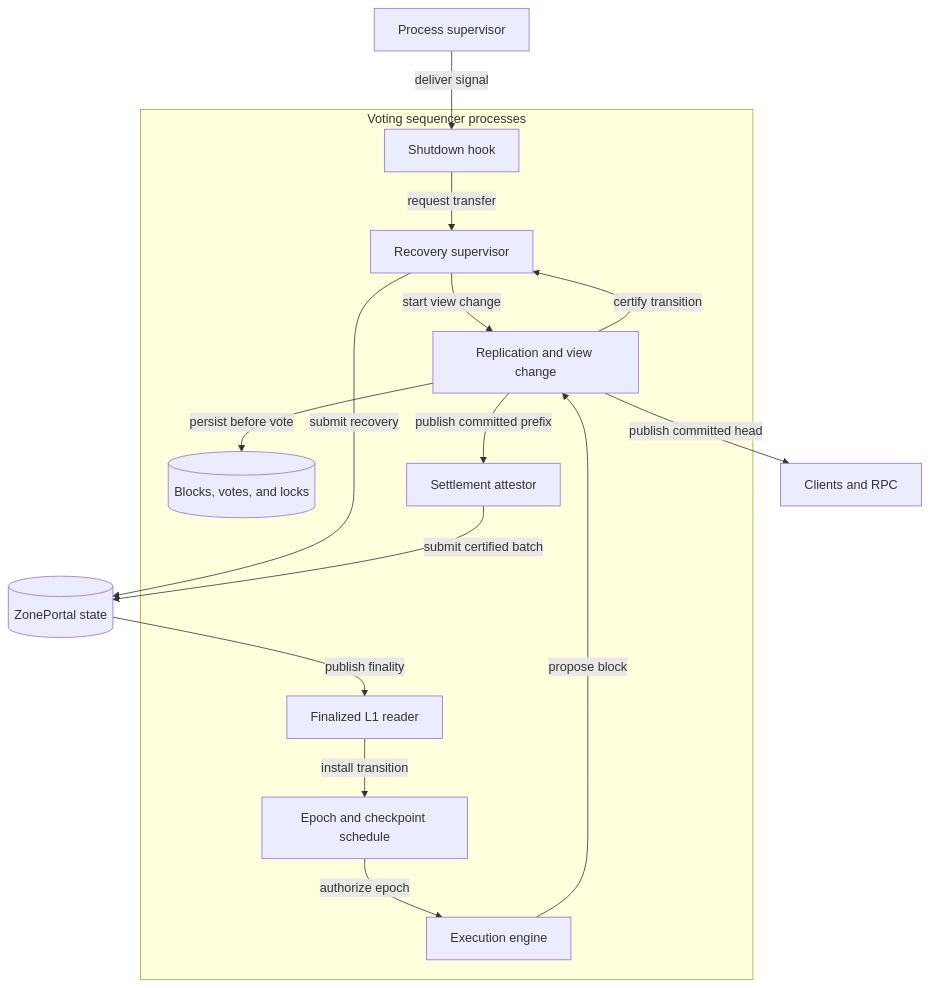
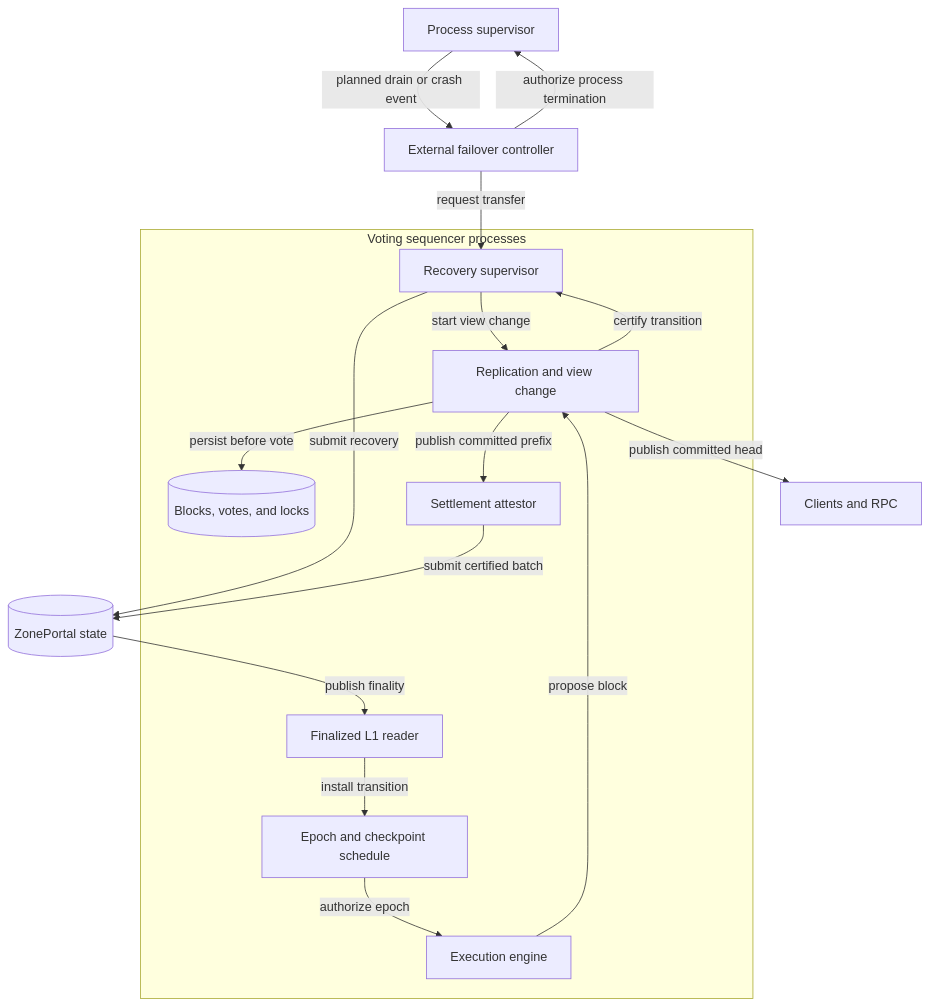
The fifth of 5 diagrams in spt_automated_failover.md (tempoxyz/zones), drawn with Mermaid before and after one commit. The commit also changed other lines of this file, not shown here.

Commit message:
docs: move failover orchestration outside reth

````diff
--- a/spt_automated_failover.md
+++ b/spt_automated_failover.md
@@ -436,29 +325,30 @@
 ```mermaid
 flowchart TD
     supervisor["Process supervisor"]
+    controller["External failover controller"]
     portal[("ZonePortal state")]
     rpc["Clients and RPC"]
     subgraph voters["Voting sequencer processes"]
-        hook["Shutdown hook"]
         recovery["Recovery supervisor"]
         consensus["Replication and view change"]
         log[("Blocks, votes, and locks")]
         l1["Finalized L1 reader"]
         schedule["Epoch and checkpoint schedule"]
         engine["Execution engine"]
         settlement["Settlement attestor"]
     end
-    supervisor -->|"deliver signal"| hook
-    hook -->|"request transfer"| recovery
+    supervisor -->|"planned drain or crash event"| controller
+    controller -->|"request transfer"| recovery
+    controller -->|"authorize process termination"| supervisor
     recovery -->|"start view change"| consensus
     consensus -->|"persist before vote"| log
     consensus -->|"certify transition"| recovery
     recovery -->|"submit recovery"| portal
     portal -->|"publish finality"| l1
     l1 -->|"install transition"| schedule
     schedule -->|"authorize epoch"| engine
     engine -->|"propose block"| consensus
     consensus -->|"publish committed head"| rpc
     consensus -->|"publish committed prefix"| settlement
     settlement -->|"submit certified batch"| portal
 ```
````
